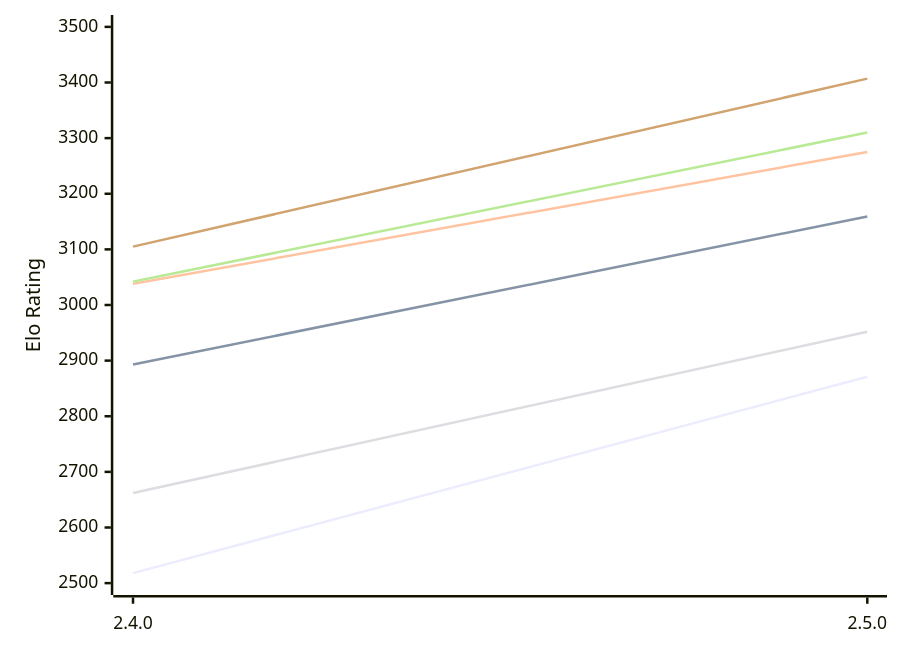
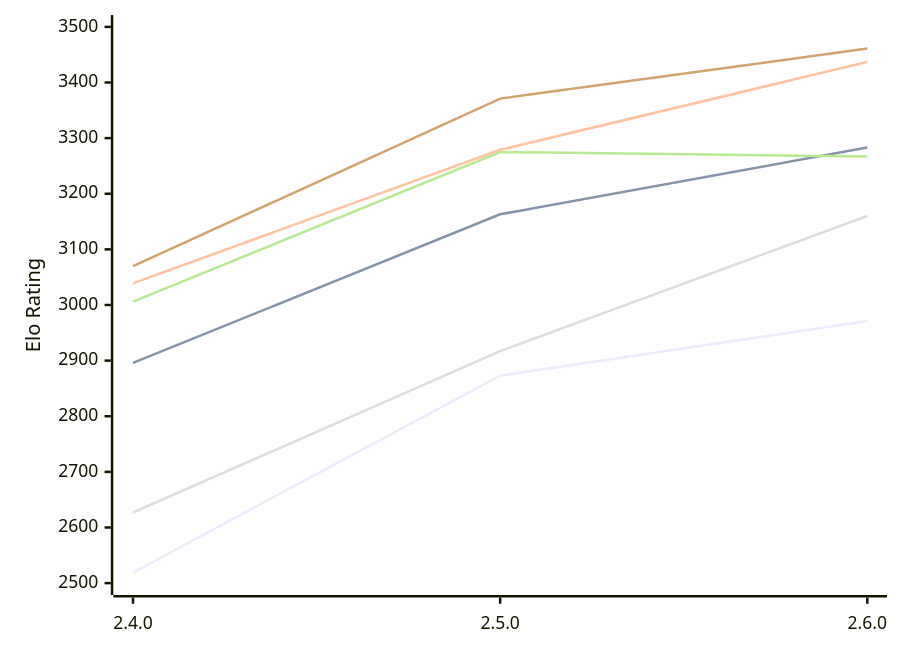
The diagram in engines/Rarog.md (computer-chess-index/cci), drawn with Mermaid before and after one commit. The commit also changed other lines of this file, not shown here.

Commit message:
Update CCI Ratings (ELO VLTC) - 2026-10-23

````diff
--- a/engines/Rarog.md
+++ b/engines/Rarog.md
@@ -49,12 +51,12 @@
 ```mermaid
 %%{init: {"theme":"base","themeVariables":{"seriesColors:['#a3a3a3','#222221','#faa371']}}}%%
 xychart-beta
-  x-axis ["2.4.0", "2.5.0"]
+  x-axis ["2.4.0", "2.5.0", "2.6.0"]
   y-axis "Elo Rating" 2500 --> 3500
-  line "E1: STC (8.0+0.08s)" [2518, 2871]
-  line "E1: LTC (60.0+0.60s)" [2893, 3159]
-  line "E1: VLTC (2m24s+1.12s)" [3038, 3275]
-  line "P1: STC (8.0+0.08s)" [2662, 2952]
-  line "P1: LTC (60.0+0.60s)" [3042, 3310]
-  line "P1: VLTC (2m24s+1.12s)" [3105, 3407]
+  line "E1: STC (8.0+0.08s)" [2519, 2873, 2971]
+  line "E1: LTC (60.0+0.60s)" [2896, 3163, 3283]
+  line "E1: VLTC (2m24s+1.12s)" [3039, 3279, 3437]
+  line "P1: STC (8.0+0.08s)" [2627, 2917, 3160]
+  line "P1: LTC (60.0+0.60s)" [3006, 3275, 3267]
+  line "P1: VLTC (2m24s+1.12s)" [3070, 3371, 3461]
 ```
````
